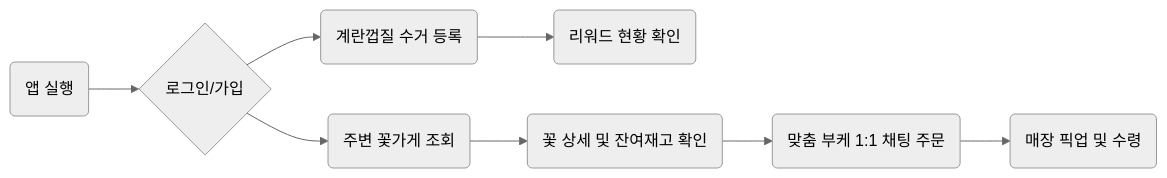
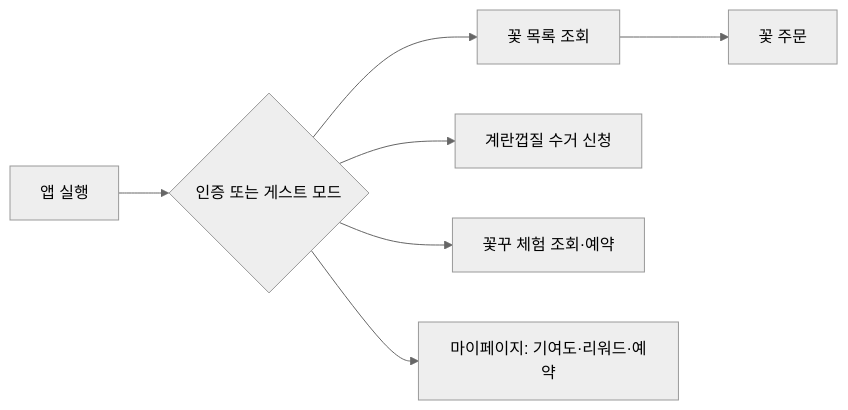
Before and after one commit to PNU-2026-AI-Hackathon/pnuai-b-04-Dalmegg: the third of 4 diagrams in README.md, drawn with Mermaid (neutral theme). The commit also changed other lines of this file, not shown here.

````diff
--- a/README.md
+++ b/README.md
@@ -180,10 +189,9 @@
 ```mermaid
 flowchart LR
-  A(앱 실행) --> B{로그인/가입}
-  B --> C(계란껍질 수거 등록)
-  B --> D(주변 꽃가게 조회)
-  C --> E(리워드 현황 확인)
-  D --> F(꽃 상세 및 잔여재고 확인)
-  F --> G(맞춤 부케 1:1 채팅 주문)
-  G --> H(매장 픽업 및 수령)
+  A[앱 실행] --> B{인증 또는 게스트 모드}
+  B --> C[꽃 목록 조회]
+  C --> D[꽃 주문]
+  B --> E[계란껍질 수거 신청]
+  B --> F[꽃꾸 체험 조회·예약]
+  B --> G[마이페이지: 기여도·리워드·예약]
 ```
````
